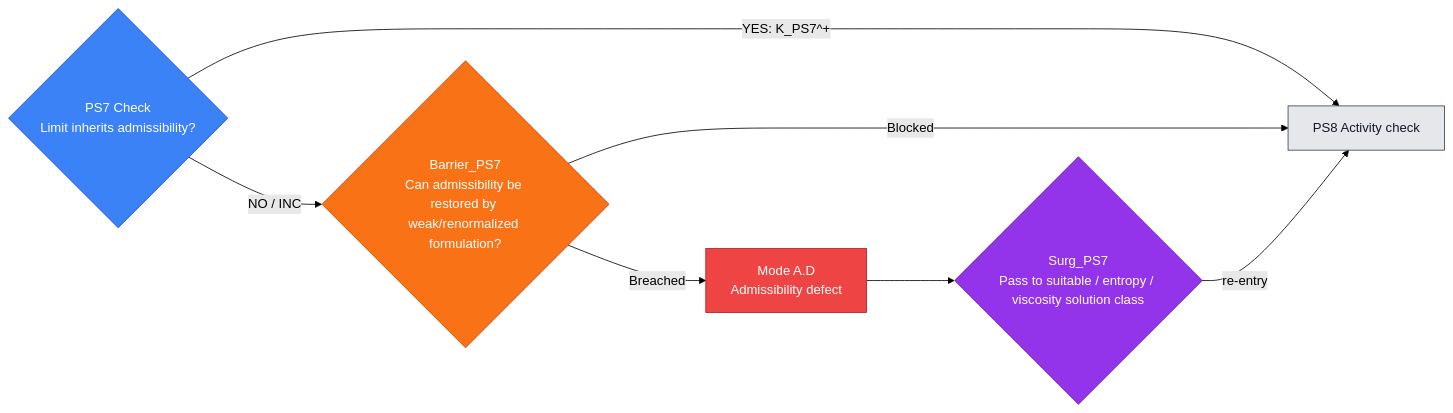
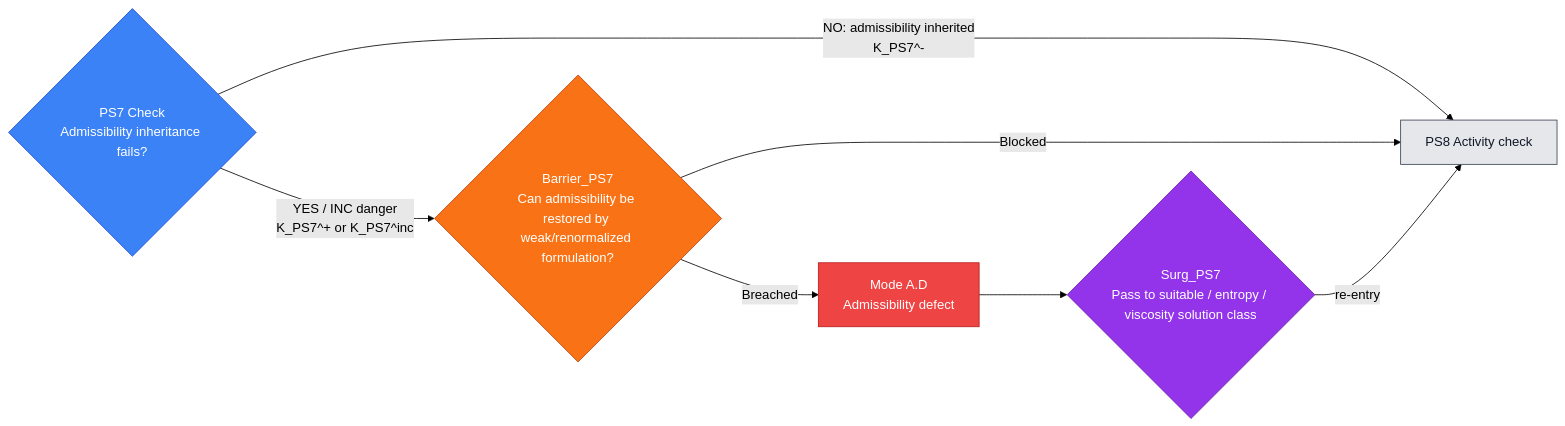
One commit to Guillemdb/hypostructure changed diagram 13 of 54 in docs/source/1_hypostructure_formalism/edits/new_sieve.md. Above: the diagram before and after it, drawn with Mermaid (forest theme). The commit also changed other lines of this file, not shown here.

````diff
--- a/docs/source/1_hypostructure_formalism/edits/new_sieve.md
+++ b/docs/source/1_hypostructure_formalism/edits/new_sieve.md
@@ -1432,23 +1455,23 @@
 ```mermaid
 flowchart LR
-    C{"PS7 Check<br/>Limit inherits admissibility?"}
-    C -- "YES: K_PS7^+" --> N["PS8 Activity check"]
-    C -- "NO / INC" --> B{"Barrier_PS7<br/>Can admissibility be restored by weak/renormalized formulation?"}
+    C{"PS7 Check<br/>Admissibility inheritance fails?"}
+    C -- "NO: admissibility inherited<br/>K_PS7^-" --> N["PS8 Activity check"]
+    C -- "YES / INC danger<br/>K_PS7^+ or K_PS7^inc" --> B{"Barrier_PS7<br/>Can admissibility be restored by weak/renormalized formulation?"}
     B -- "Blocked" --> N
     B -- "Breached" --> M["Mode A.D<br/>Admissibility defect"]
     M --> S{"Surg_PS7<br/>Pass to suitable / entropy / viscosity solution class"}
     S -- "re-entry" --> N
 
     classDef check fill:#3b82f6,stroke:#1d4ed8,color:#ffffff;
     classDef barrier fill:#f97316,stroke:#c2410c,color:#ffffff;
     classDef mode fill:#ef4444,stroke:#b91c1c,color:#ffffff;
     classDef surgery fill:#9333ea,stroke:#6b21a8,color:#ffffff;
     classDef next fill:#e5e7eb,stroke:#374151,color:#111827;
     classDef terminal fill:#fef3c7,stroke:#d97706,color:#111827;
 
     class C check;
     class B barrier;
     class M mode;
     class S surgery;
     class N next;
 ```
````
